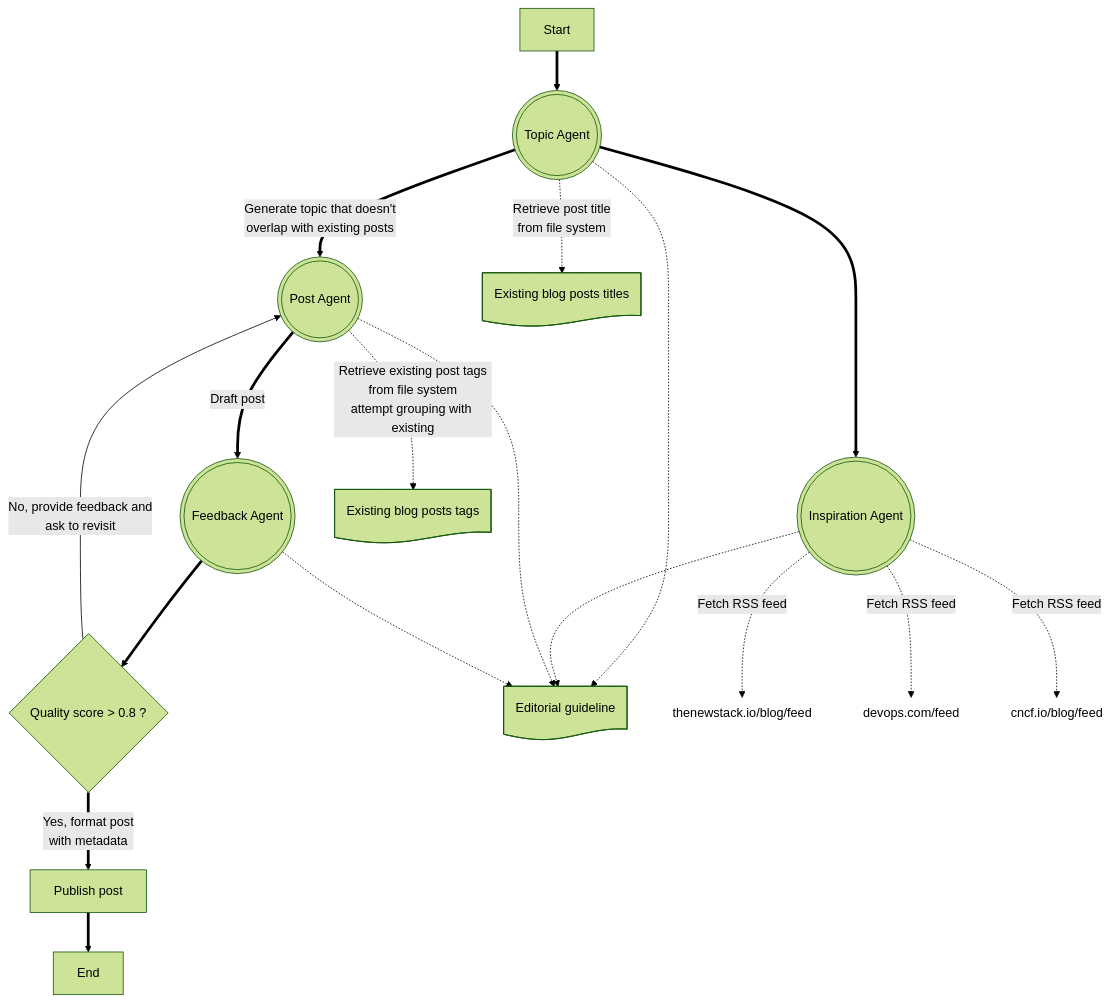
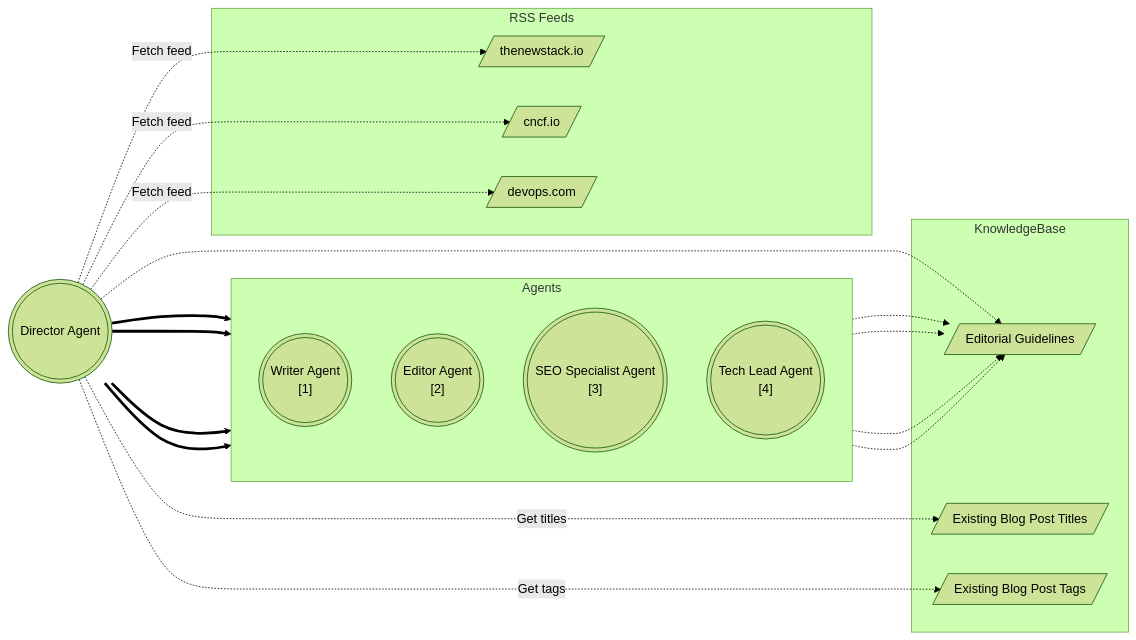
One commit to etiennetremel/ai-generated-blog changed the diagram in README.md. Above: the diagram before and after it, drawn with Mermaid (forest theme).

Commit message:
docs: update mermaid diagram

````diff
--- a/README.md
+++ b/README.md
@@ -19,35 +19,46 @@
 ```mermaid
-flowchart TD
-    Start[Start]
-    Topic(((Topic Agent)))
-    Inspiration(((Inspiration Agent)))
-    Post(((Post Agent)))
-    Feedback(((Feedback Agent)))
-    QualityCondition{Quality score > 0.8 ?}
-    EditorialGuideline@{ shape: doc, label: "Editorial guideline" }
-    Publish[Publish post]
-    End[End]
-    ExistingBlogPostsTitles@{ shape: doc, label: "Existing blog posts titles" }
-    ExistingBlogPostsTags@{ shape: doc, label: "Existing blog posts tags" }
-    TNS@{ shape: text, label: "thenewstack.io/blog/feed"}
-    DO@{ shape: text, label: "devops.com/feed"}
-    CNCF@{ shape: text, label: "cncf.io/blog/feed"}
+flowchart LR
+    %% Agents
+    subgraph Agents
+        direction TB
+        Writer((("Writer Agent\n[1]")))
+        Editor((("Editor Agent\n[2]")))
+        SEO((("SEO Specialist Agent\n[3]")))
+        TechLead((("Tech Lead Agent\n[4]")))
+    end
 
-    Start ==> Topic
-    Topic -.-> EditorialGuideline
-    Topic -. Retrieve post title<br>from file system .-> ExistingBlogPostsTitles
-    Topic ==> Inspiration
-    Inspiration -.-> EditorialGuideline
-    Inspiration -. Fetch RSS feed .-> TNS
-    Inspiration -. Fetch RSS feed .-> DO
-    Inspiration -. Fetch RSS feed .-> CNCF
-    Topic == Generate topic that doesn't<br>overlap with existing posts ==> Post
-    Post == Draft post ==> Feedback
-    Post -.-> EditorialGuideline
-    Post -. Retrieve existing post tags<br>from file system<br>attempt grouping with existing .-> ExistingBlogPostsTags
-    Feedback -.-> EditorialGuideline
-    Feedback ==> QualityCondition
-    QualityCondition == Yes, format post<br>with metadata ==> Publish
-    QualityCondition -- No, provide feedback and<br>ask to revisit --> Post
-    Publish ==> End
+    %% Director
+    Director(((Director Agent)))
+
+    %% Guidelines and metadata
+    subgraph KnowledgeBase
+        EditorialGuideline[/"Editorial Guidelines"/]
+        ExistingBlogPostsTitles[/"Existing Blog Post Titles"/]
+        ExistingBlogPostsTags[/"Existing Blog Post Tags"/]
+    end
+
+    %% RSS feeds
+    subgraph RSS_Feeds ["RSS Feeds"]
+        TNS[/"thenewstack.io"/]
+        CNCF[/"cncf.io"/]
+        DO[/"devops.com"/]
+    end
+
+    %% Data access
+    Director -.-> EditorialGuideline
+    Writer -.-> EditorialGuideline
+    Editor -.-> EditorialGuideline
+    SEO -.-> EditorialGuideline
+    TechLead -.-> EditorialGuideline
+
+    Director ==> Writer
+    Director ==> Editor
+    Director ==> SEO
+    Director ==> TechLead
+
+    Director -. Get titles .-> ExistingBlogPostsTitles
+    Director -. Get tags .-> ExistingBlogPostsTags
+    Director -. Fetch feed .-> TNS
+    Director -. Fetch feed .-> CNCF
+    Director -. Fetch feed .-> DO
 ```
````
